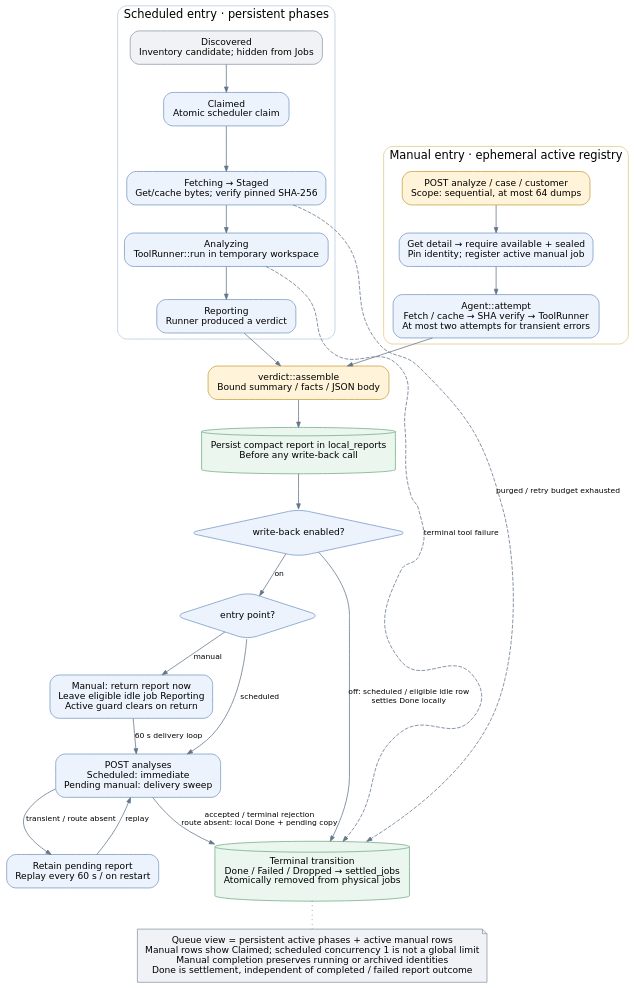
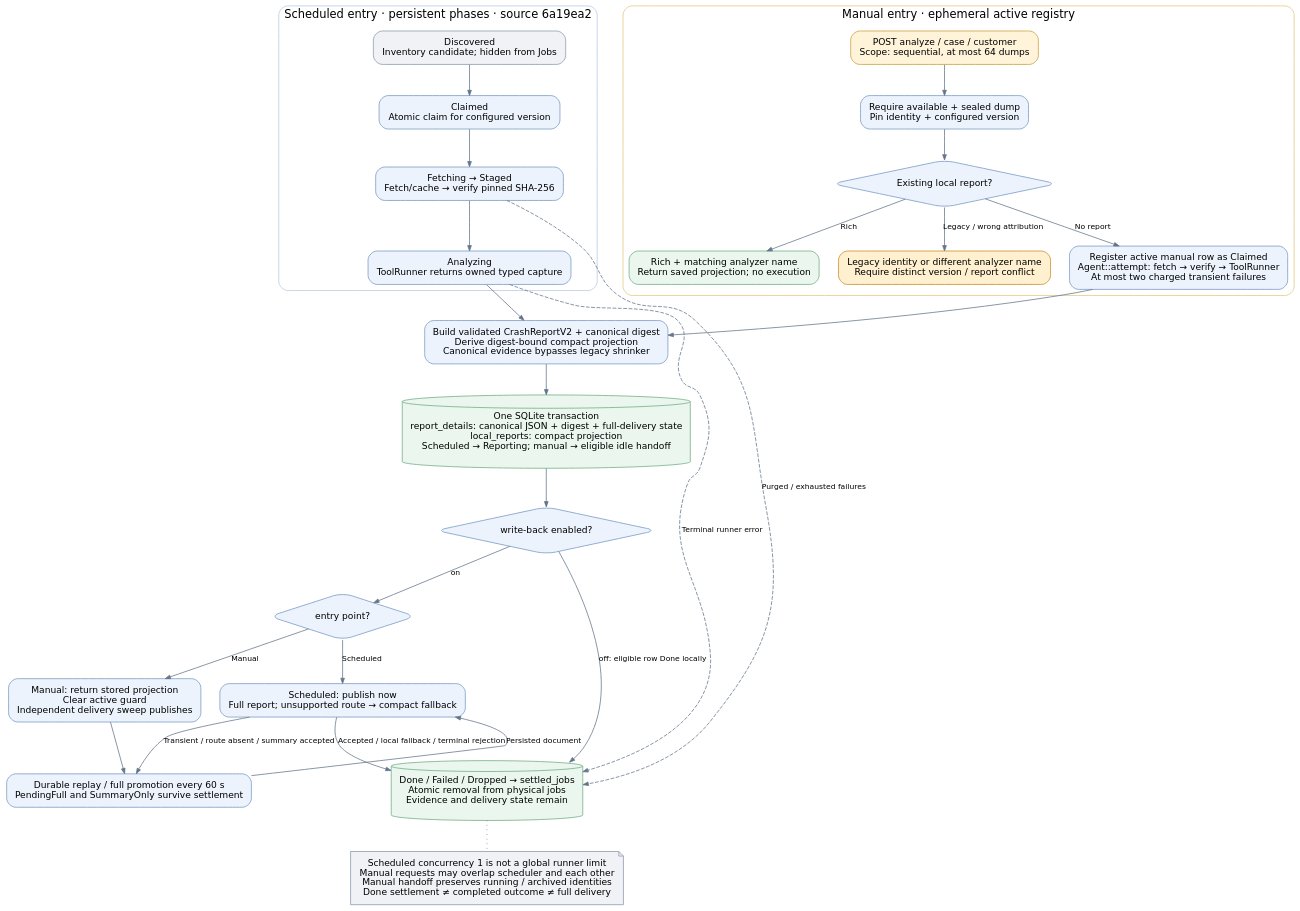
One commit to NzSN/DumpAnalyzer changed the diagram in docs/architecture/job-control.dot. Above: the diagram before and after it, drawn with Graphviz. The commit also changed 24 other files, not shown here.

First line of the commit message:
Docs: refresh architecture and guides for current analyzer behavior

```diff
--- a/docs/architecture/job-control.dot
+++ b/docs/architecture/job-control.dot
@@ -1,44 +1,49 @@
 digraph JobControl {
-  graph [rankdir=TB, bgcolor="transparent", pad="0.25", nodesep="0.35", ranksep="0.5", fontname="DejaVu Sans", fontsize=15];
+  graph [rankdir=TB, bgcolor="transparent", pad="0.25", nodesep="0.35", ranksep="0.55", fontname="DejaVu Sans", fontsize=15];
   node [shape=box, style="rounded,filled", fillcolor="#edf3fc", color="#7397c5", fontname="DejaVu Sans", fontsize=12, margin="0.16,0.12"];
   edge [color="#63758a", fontname="DejaVu Sans", fontsize=10, arrowsize=0.7];
   subgraph cluster_auto {
-    label="Scheduled entry · persistent phases"; color="#b5c9e2"; style=rounded;
+    label="Scheduled entry · persistent phases · source 6a19ea2"; color="#b5c9e2"; style=rounded;
     discovered [label="Discovered\nInventory candidate; hidden from Jobs", fillcolor="#f0f2f5", color="#8a99aa"];
-    claimed [label="Claimed\nAtomic scheduler claim"];
-    fetch [label="Fetching → Staged\nGet/cache bytes; verify pinned SHA-256"];
-    analyze [label="Analyzing\nToolRunner::run in temporary workspace"];
-    reporting [label="Reporting\nRunner produced a verdict"];
-    discovered -> claimed -> fetch -> analyze -> reporting;
+    claimed [label="Claimed\nAtomic claim for configured version"];
+    fetch [label="Fetching → Staged\nFetch/cache → verify pinned SHA-256"];
+    analyze [label="Analyzing\nToolRunner returns owned typed capture"];
+    discovered -> claimed -> fetch -> analyze;
   }
   subgraph cluster_manual {
     label="Manual entry · ephemeral active registry"; color="#e3c77b"; style=rounded;
     action [label="POST analyze / case / customer\nScope: sequential, at most 64 dumps", fillcolor="#fff4d9", color="#c99c39"];
-    gate [label="Get detail → require available + sealed\nPin identity; register active manual job"];
-    attempt [label="Agent::attempt\nFetch / cache → SHA verify → ToolRunner\nAt most two attempts for transient errors"];
-    action -> gate -> attempt;
+    gate [label="Require available + sealed dump\nPin identity + configured version"];
+    existing [label="Existing local report?", shape=diamond];
+    reuse [label="Rich + matching analyzer name\nReturn saved projection; no execution", fillcolor="#eaf6ee", color="#6eac81"];
+    conflict [label="Legacy identity or different analyzer name\nRequire distinct version / report conflict", fillcolor="#fff0cf", color="#c68a20"];
+    attempt [label="Register active manual row as Claimed\nAgent::attempt: fetch → verify → ToolRunner\nAt most two charged transient failures"];
+    action -> gate -> existing;
+    existing -> reuse [label="Rich"];
+    existing -> conflict [label="Legacy / wrong attribution"];
+    existing -> attempt [label="No report"];
   }
-  assemble [label="verdict::assemble\nBound summary / facts / JSON body", fillcolor="#fff4d9", color="#c99c39"];
-  save [label="Persist compact report in local_reports\nBefore any write-back call", shape=cylinder, fillcolor="#eaf6ee", color="#6eac81"];
+  prepare [label="Build validated CrashReportV2 + canonical digest\nDerive digest-bound compact projection\nCanonical evidence bypasses legacy shrinker"];
+  save [label="One SQLite transaction\nreport_details: canonical JSON + digest + full-delivery state\nlocal_reports: compact projection\nScheduled → Reporting; manual → eligible idle handoff", shape=cylinder, fillcolor="#eaf6ee", color="#6eac81"];
   mode [label="write-back enabled?", shape=diamond];
   entry [label="entry point?", shape=diamond];
-  pending [label="Manual: return report now\nLeave eligible idle job Reporting\nActive guard clears on return"];
-  post [label="POST analyses\nScheduled: immediate\nPending manual: delivery sweep"];
-  retry [label="Retain pending report\nReplay every 60 s / on restart"];
-  archive [label="Terminal transition\nDone / Failed / Dropped → settled_jobs\nAtomically removed from physical jobs", shape=cylinder, fillcolor="#eaf6ee", color="#6eac81"];
-  reporting -> assemble;
-  attempt -> assemble;
-  assemble -> save -> mode;
-  mode -> archive [label="off: scheduled / eligible idle row\nsettles Done locally"];
+  pending [label="Manual: return stored projection\nClear active guard\nIndependent delivery sweep publishes"];
+  post [label="Scheduled: publish now\nFull report; unsupported route → compact fallback"];
+  retry [label="Durable replay / full promotion every 60 s\nPendingFull and SummaryOnly survive settlement"];
+  archive [label="Done / Failed / Dropped → settled_jobs\nAtomic removal from physical jobs\nEvidence and delivery state remain", shape=cylinder, fillcolor="#eaf6ee", color="#6eac81"];
+  analyze -> prepare;
+  attempt -> prepare;
+  prepare -> save -> mode;
+  mode -> archive [label="off: eligible row Done locally"];
   mode -> entry [label="on"];
-  entry -> post [label="scheduled"];
-  entry -> pending [label="manual"];
-  pending -> post [label="60 s delivery loop"];
-  post -> archive [label="accepted / terminal rejection\nroute absent: local Done + pending copy"];
-  post -> retry [label="transient / route absent"];
-  retry -> post [label="replay"];
-  fetch -> archive [label="purged / retry budget exhausted", style=dashed, constraint=false];
-  analyze -> archive [label="terminal tool failure", style=dashed, constraint=false];
-  note [label="Queue view = persistent active phases + active manual rows\nManual rows show Claimed; scheduled concurrency 1 is not a global limit\nManual completion preserves running or archived identities\nDone is settlement, independent of completed / failed report outcome", shape=note, fillcolor="#f0f2f5", color="#8a99aa"];
+  entry -> post [label="Scheduled"];
+  entry -> pending [label="Manual"];
+  pending -> retry;
+  post -> archive [label="Accepted / local fallback / terminal rejection"];
+  post -> retry [label="Transient / route absent / summary accepted"];
+  retry -> post [label="Persisted document", constraint=false];
+  fetch -> archive [label="Purged / exhausted failures", style=dashed, constraint=false];
+  analyze -> archive [label="Terminal runner error", style=dashed, constraint=false];
+  note [label="Scheduled concurrency 1 is not a global runner limit\nManual requests may overlap scheduler and each other\nManual handoff preserves running / archived identities\nDone settlement ≠ completed outcome ≠ full delivery", shape=note, fillcolor="#f0f2f5", color="#8a99aa"];
   archive -> note [style=dotted, arrowhead=none];
 }
```
